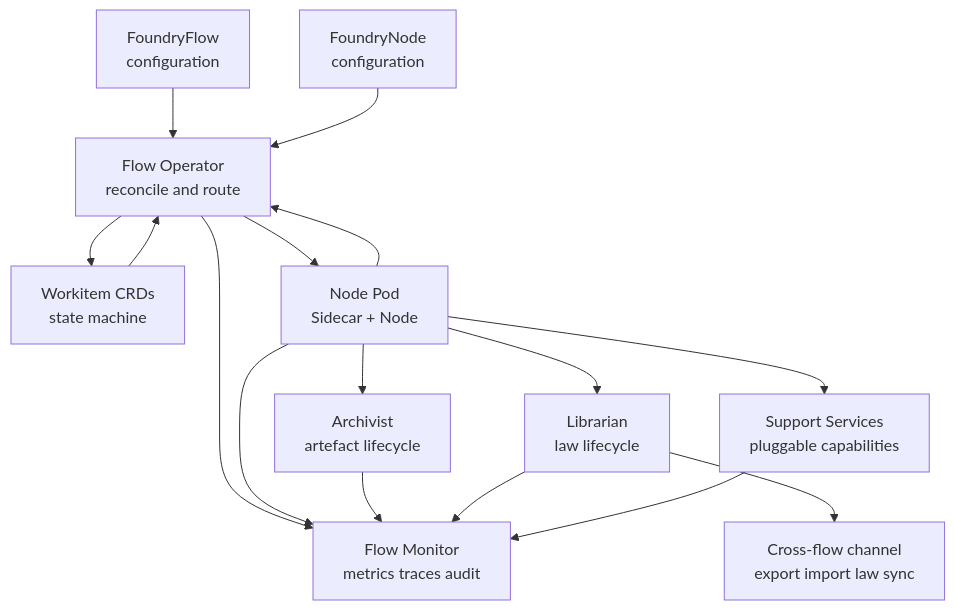
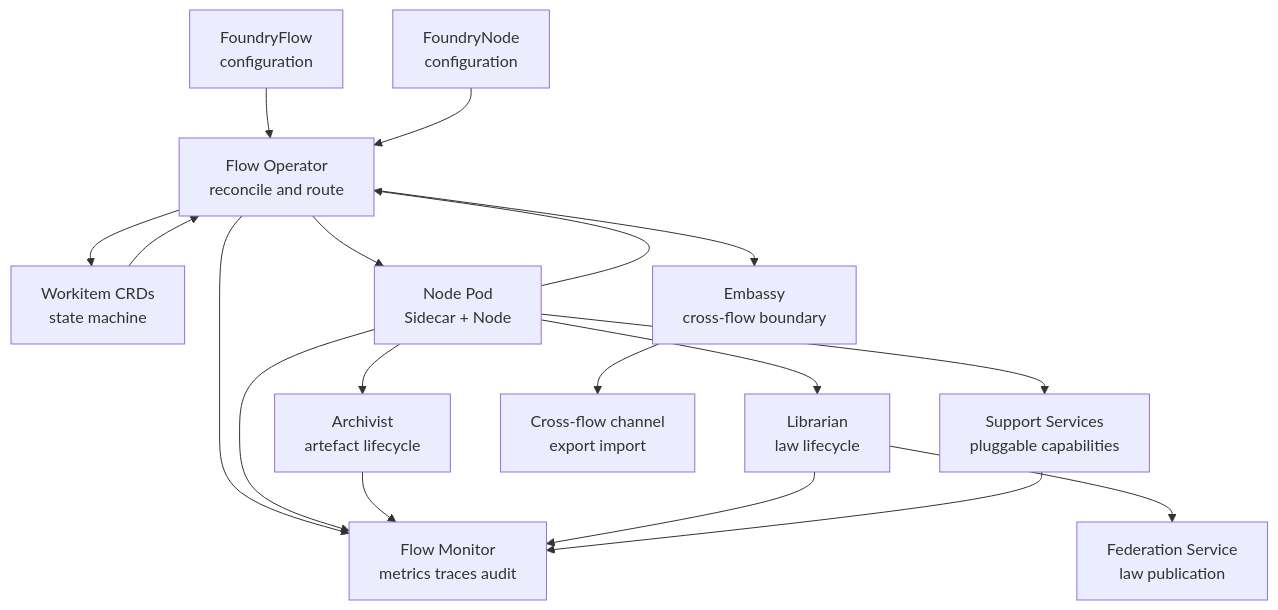
Before and after one commit to really-knows-ai/gideas: the first of 3 diagrams in specs/02-flow/00-overview.md, drawn with Mermaid. The commit also changed other lines of this file and 28 other files, not shown here.

First line of the commit message:
docs: rewrite Phase 10 specs for Embassy and Federation

````diff
--- a/specs/02-flow/00-overview.md
+++ b/specs/02-flow/00-overview.md
@@ -9,25 +9,27 @@
 ```mermaid
 flowchart TD
     FF["FoundryFlow<br/>configuration"] --> OP["Flow Operator<br/>reconcile and route"]
     FN["FoundryNode<br/>configuration"] --> OP
 
     OP --> WI["Workitem CRDs<br/>state machine"]
     WI --> OP
 
     OP --> SC["Node Pod<br/>Sidecar + Node"]
     SC --> OP
 
     SC --> AR["Archivist<br/>artefact lifecycle"]
     SC --> LB["Librarian<br/>law lifecycle"]
 
     SC --> SS["Support Services<br/>pluggable capabilities"]
 
     OP --> FM["Flow Monitor<br/>metrics traces audit"]
     SC --> FM
     AR --> FM
     LB --> FM
 
     SS --> FM
 
-    LB --> XF["Cross-flow channel<br/>export import law sync"]
+    OP --> EMB["Embassy<br/>cross-flow boundary"]
+    EMB --> XF["Cross-flow channel<br/>export import"]
+    LB --> FS["Federation Service<br/>law publication"]
 ```
````
